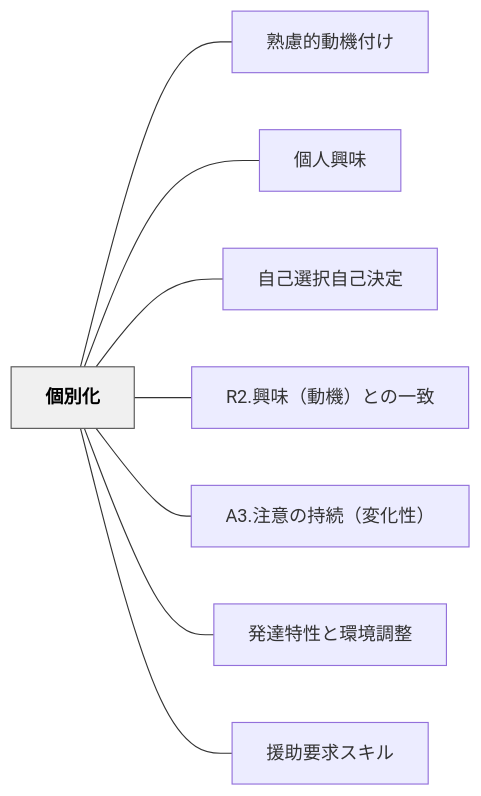
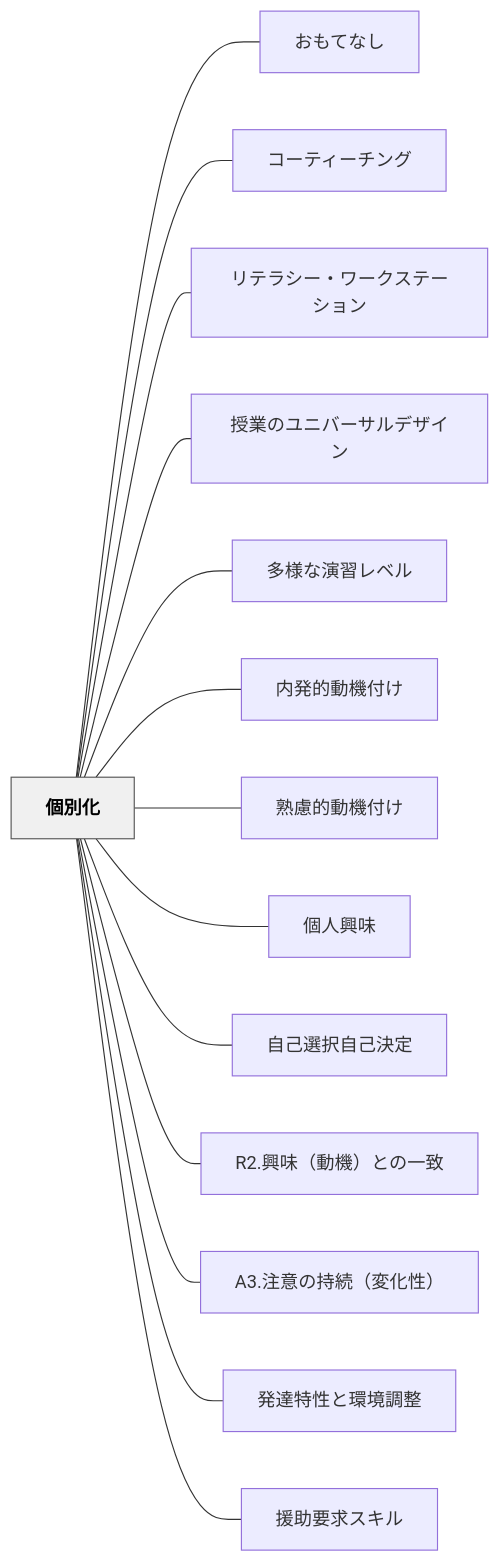
Before and after one commit to unknownthings-ed-patterns/unknownthings-ed-patterns: the diagram in content/パタン/個別化.md, drawn with Mermaid. The commit also changed other lines of this file and 473 other files, not shown here.

````diff
--- a/content/パタン/個別化.md
+++ b/content/パタン/個別化.md
@@ -44,22 +44,34 @@
 ```mermaid
 flowchart LR
     ne5808be588a5["個別化"]
+    ne3818ae38282["おもてなし"]
+    ne382b3e383bc["コーティーチング"]
+    ne383aae38386["リテラシー・ワークステーション"]
+    ne68e88e6a5ad["授業のユニバーサルデザイン"]
+    ne5a49ae6a798["多様な演習レベル"]
+    ne58685e799ba["内発的動機付け"]
     ne7869fe685ae["熟慮的動機付け"]
     ne5808be4baba["個人興味"]
     ne887aae5b7b1["自己選択自己決定"]
     n52322ee88888["R2.興味（動機）との一致"]
     n41332ee6b3a8["A3.注意の持続（変化性）"]
     ne799bae98194["発達特性と環境調整"]
     ne68fb4e58aa9["援助要求スキル"]
 
+    ne5808be588a5 --- ne3818ae38282
+    ne5808be588a5 --- ne382b3e383bc
+    ne5808be588a5 --- ne383aae38386
+    ne5808be588a5 --- ne68e88e6a5ad
+    ne5808be588a5 --- ne5a49ae6a798
+    ne5808be588a5 --- ne58685e799ba
     ne5808be588a5 --- ne7869fe685ae
     ne5808be588a5 --- ne5808be4baba
     ne5808be588a5 --- ne887aae5b7b1
     ne5808be588a5 --- n52322ee88888
     ne5808be588a5 --- n41332ee6b3a8
     ne5808be588a5 --- ne799bae98194
     ne5808be588a5 --- ne68fb4e58aa9
 
     classDef hub fill:#f0f0f0,stroke:#555,color:#000,font-weight:bold
     class ne5808be588a5 hub
 ```
````
